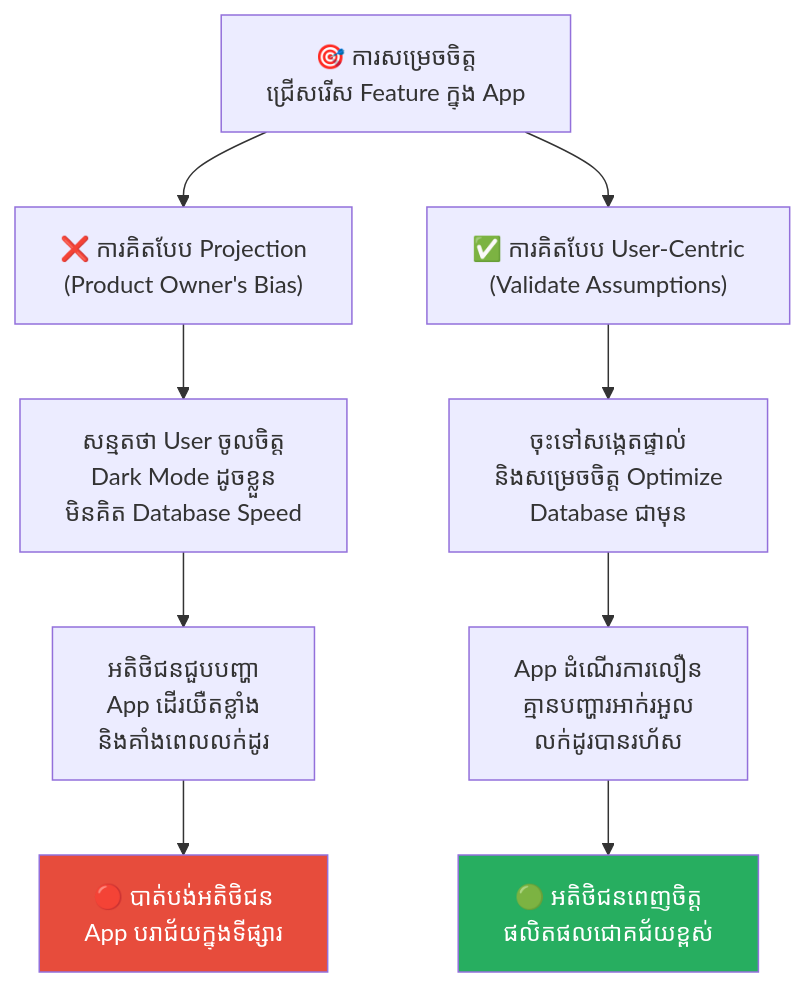
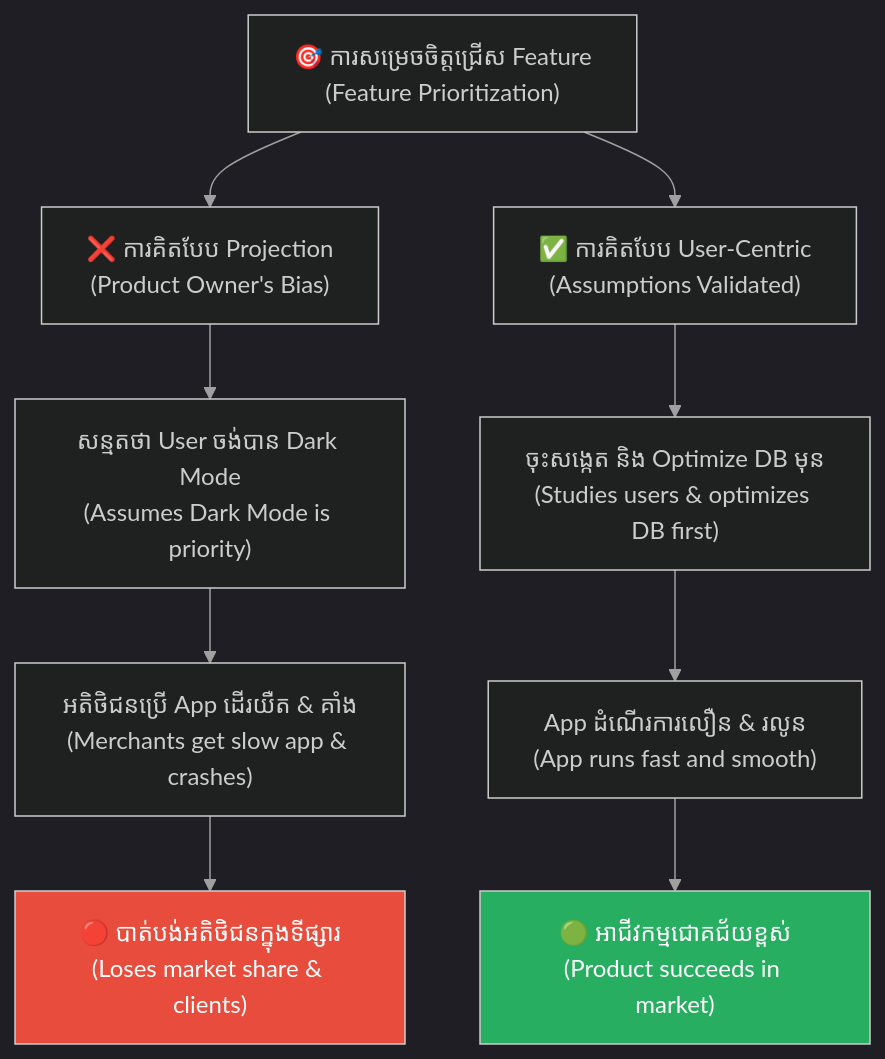
The third of 5 diagrams in feeds/concepts/articles/04-projection-effect.md (GuideStack/iblogger-feeds), drawn with Mermaid before and after one commit. The commit also changed other lines of this file, not shown here.

Commit message:
docs: upgrade 04-projection-effect to bilingual format

````diff
--- a/feeds/concepts/articles/04-projection-effect.md
+++ b/feeds/concepts/articles/04-projection-effect.md
@@ -118,16 +194,25 @@
 ```mermaid
+%%{init: {
+  'theme': 'dark',
+  'themeVariables': {
+    'background': '#1e1e1e',
+    'primaryTextColor': '#ffffff',
+    'lineColor': '#a0a0a0'
+  },
+  'themeCSS': 'svg { background-color: #1e1e1e !important; padding: 1rem !important; border-radius: 8px !important; } .edgeLabel rect { fill: #1e1e1e !important; } text, tspan { fill: #ffffff !important; }'
+}}%%
 graph TD
-    A["🎯 ការសម្រេចចិត្ត<br/>ជ្រើសរើស Feature ក្នុង App"] --> B1["❌ ការគិតបែប Projection<br/>(Product Owner's Bias)"]
-    A --> B2["✅ ការគិតបែប User-Centric<br/>(Validate Assumptions)"]
+    A["🎯 ការសម្រេចចិត្តជ្រើស Feature<br/>(Feature Prioritization)"] --> B1["❌ ការគិតបែប Projection<br/>(Product Owner's Bias)"]
+    A --> B2["✅ ការគិតបែប User-Centric<br/>(Assumptions Validated)"]
     
-    B1 --> C1["សន្មតថា User ចូលចិត្ត<br/>Dark Mode ដូចខ្លួន<br/>មិនគិត Database Speed"]
-    C1 --> D1["អតិថិជនជួបបញ្ហា<br/>App ដើរយឺតខ្លាំង<br/>និងគាំងពេលលក់ដូរ"]
-    D1 --> E1["🔴 បាត់បង់អតិថិជន<br/>App បរាជ័យក្នុងទីផ្សារ"]
+    B1 --> C1["សន្មតថា User ចង់បាន Dark Mode<br/>(Assumes Dark Mode is priority)"]
+    C1 --> D1["អតិថិជនប្រើ App ដើរយឺត & គាំង<br/>(Merchants get slow app & crashes)"]
+    D1 --> E1["🔴 បាត់បង់អតិថិជនក្នុងទីផ្សារ<br/>(Loses market share & clients)"]
     
-    B2 --> C2["ចុះទៅសង្កេតផ្ទាល់<br/>និងសម្រេចចិត្ត Optimize<br/>Database ជាមុន"]
-    C2 --> D2["App ដំណើរការលឿន<br/>គ្មានបញ្ហារអាក់រអួល<br/>លក់ដូរបានរហ័ស"]
-    D2 --> E2["🟢 អតិថិជនពេញចិត្ត<br/>ផលិតផលជោគជ័យខ្ពស់"]
+    B2 --> C2["ចុះសង្កេត និង Optimize DB មុន<br/>(Studies users & optimizes DB first)"]
+    C2 --> D2["App ដំណើរការលឿន & រលូន<br/>(App runs fast and smooth)"]
+    D2 --> E2["🟢 អាជីវកម្មជោគជ័យខ្ពស់<br/>(Product succeeds in market)"]
 
     style E1 fill:#e74c3c,color:#fff
     style E2 fill:#27ae60,color:#fff
 ```
````
